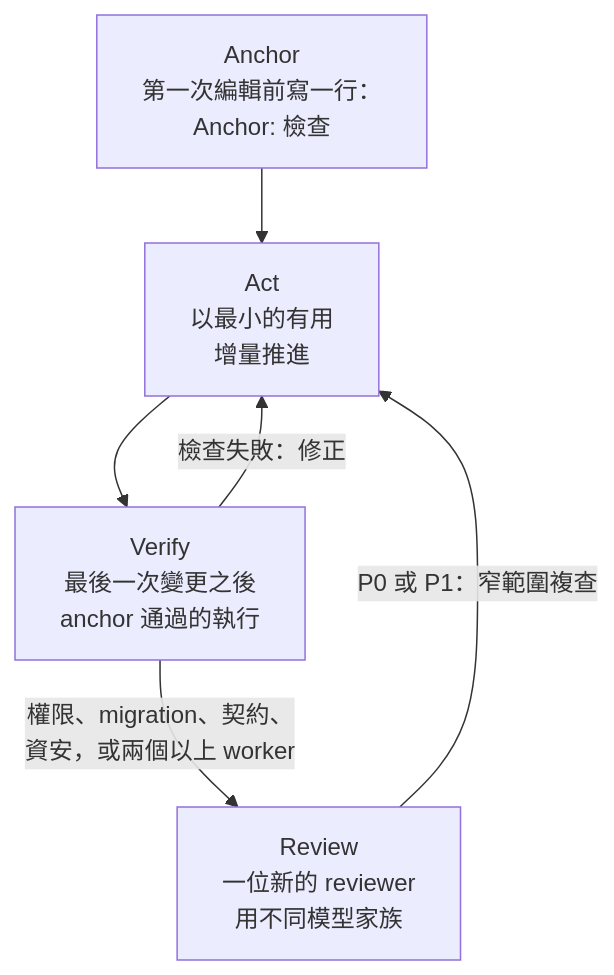
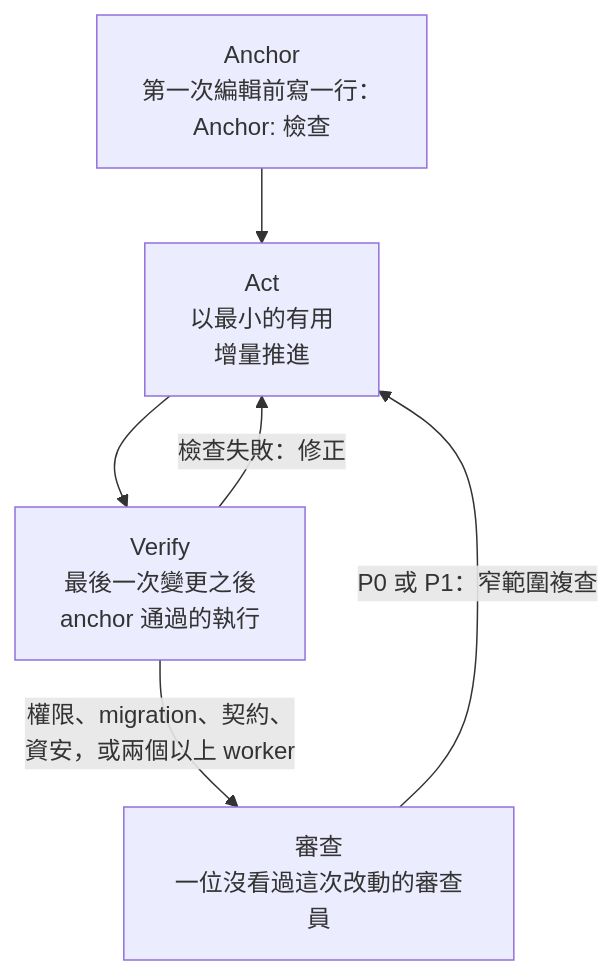
The diagram in site/src/content/docs/zh-tw/guide/concepts.md (wayne930242/anchorloop), drawn with Mermaid before and after one commit. The commit also changed other lines of this file and 16 other files, not shown here.

Commit message:
feat: defer test-only car review and accept any reviewer model; release 3.3.0

````diff
--- a/site/src/content/docs/zh-tw/guide/concepts.md
+++ b/site/src/content/docs/zh-tw/guide/concepts.md
@@ -16,8 +16,8 @@
 ```mermaid
 flowchart TD
   anchor["Anchor<br/>第一次編輯前寫一行：<br/>Anchor: 檢查"] --> act["Act<br/>以最小的有用<br/>增量推進"]
   act --> verify["Verify<br/>最後一次變更之後<br/>anchor 通過的執行"]
   verify -->|"檢查失敗：修正"| act
-  verify -->|"權限、migration、契約、<br/>資安，或兩個以上 worker"| review["Review<br/>一位新的 reviewer<br/>用不同模型家族"]
+  verify -->|"權限、migration、契約、<br/>資安，或兩個以上 worker"| review["審查<br/>一位沒看過這次改動的審查員"]
   review -->|"P0 或 P1：窄範圍複查"| act
 ```
````
